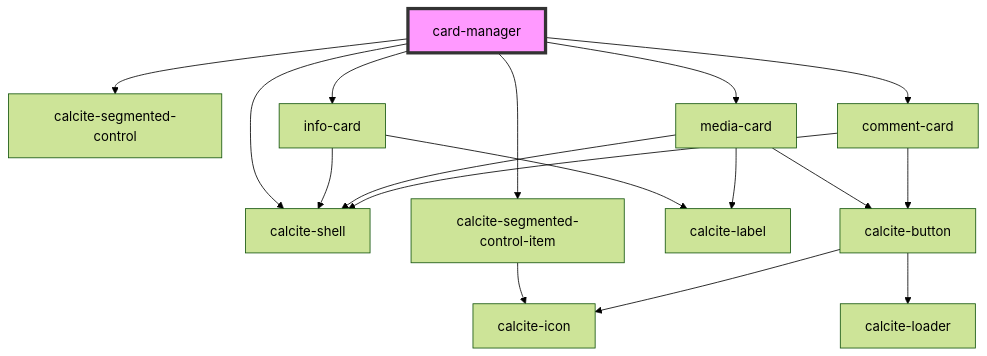
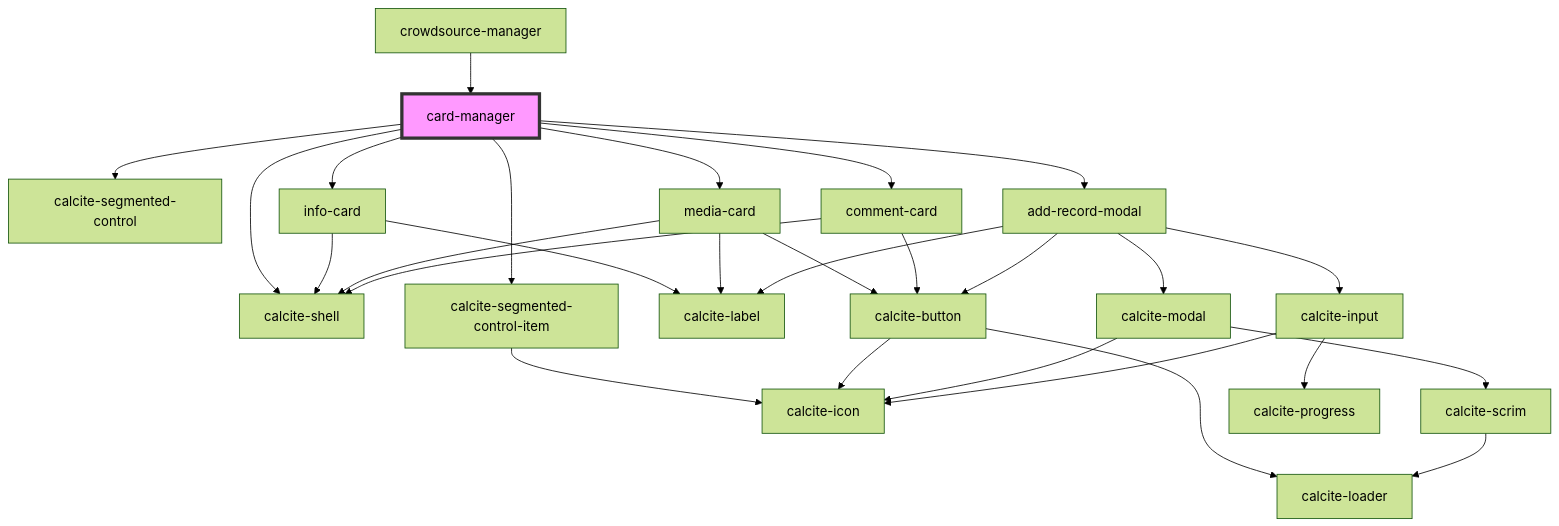
Before and after one commit to Esri/solutions-components: the diagram in src/components/card-manager/readme.md, drawn with Mermaid (forest theme). The commit also changed other lines of this file and 10 other files, not shown here.

````diff
--- a/src/components/card-manager/readme.md
+++ b/src/components/card-manager/readme.md
@@ -29,20 +34,31 @@
 ```mermaid
 graph TD;
   card-manager --> calcite-shell
   card-manager --> calcite-segmented-control
   card-manager --> calcite-segmented-control-item
   card-manager --> info-card
   card-manager --> media-card
   card-manager --> comment-card
+  card-manager --> add-record-modal
   calcite-segmented-control-item --> calcite-icon
   info-card --> calcite-shell
   info-card --> calcite-label
   media-card --> calcite-button
   media-card --> calcite-shell
   media-card --> calcite-label
   calcite-button --> calcite-loader
   calcite-button --> calcite-icon
   comment-card --> calcite-shell
   comment-card --> calcite-button
+  add-record-modal --> calcite-modal
+  add-record-modal --> calcite-label
+  add-record-modal --> calcite-input
+  add-record-modal --> calcite-button
+  calcite-modal --> calcite-scrim
+  calcite-modal --> calcite-icon
+  calcite-scrim --> calcite-loader
+  calcite-input --> calcite-progress
+  calcite-input --> calcite-icon
+  crowdsource-manager --> card-manager
   style card-manager fill:#f9f,stroke:#333,stroke-width:4px
 ```
````
